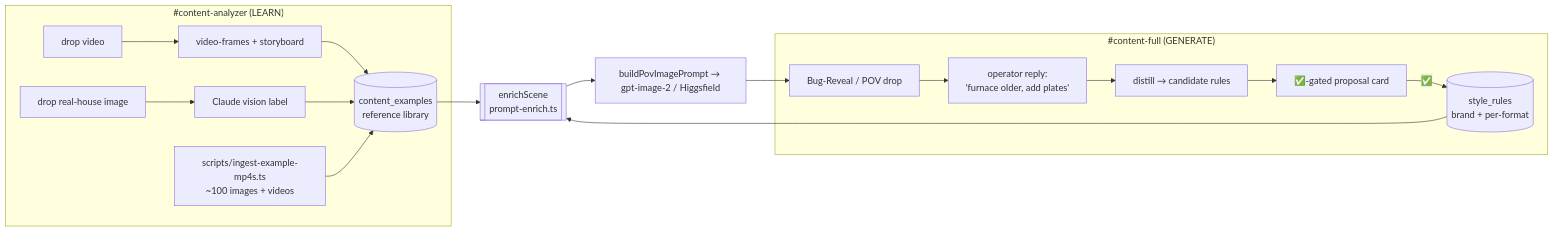
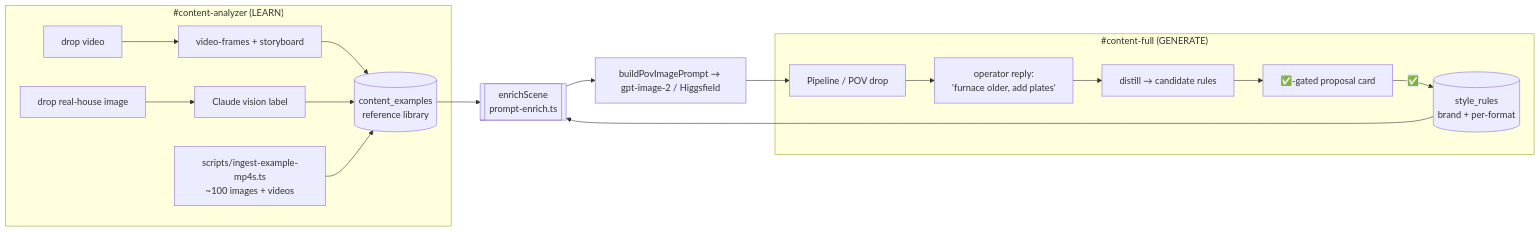
The third of 4 diagrams in docs/CONTENT-ENGINE-MAP.md (matthewg119/srt-mission-control), drawn with Mermaid before and after one commit. The commit also changed other lines of this file and 11 other files, not shown here.

First line of the commit message:
Remove Bug-Reveal daily drop; fix CRM exclusion sync Zoho pagination

````diff
--- a/docs/CONTENT-ENGINE-MAP.md
+++ b/docs/CONTENT-ENGINE-MAP.md
@@ -81,22 +81,22 @@
 ```mermaid
 flowchart LR
   subgraph learn["#content-analyzer  (LEARN)"]
     V[drop video] --> VA[video-frames + storyboard]
     I[drop real-house image] --> IL[Claude vision label]
     VA --> CE[(content_examples\nreference library)]
     IL --> CE
     BATCH[scripts/ingest-example-mp4s.ts\n~100 images + videos] --> CE
   end
 
   subgraph generate["#content-full  (GENERATE)"]
-    DROP[Bug-Reveal / POV drop] --> FB[operator reply:\n'furnace older, add plates']
+    DROP[Pipeline / POV drop] --> FB[operator reply:\n'furnace older, add plates']
     FB --> DIST[distill → candidate rules]
     DIST --> CARD[✅-gated proposal card]
     CARD -->|✅| SR[(style_rules\nbrand + per-format)]
   end
 
   CE --> ENRICH[[enrichScene\nprompt-enrich.ts]]
   SR --> ENRICH
   ENRICH --> GEN[buildPovImagePrompt → gpt-image-2 / Higgsfield]
   GEN --> DROP
 ```
````
